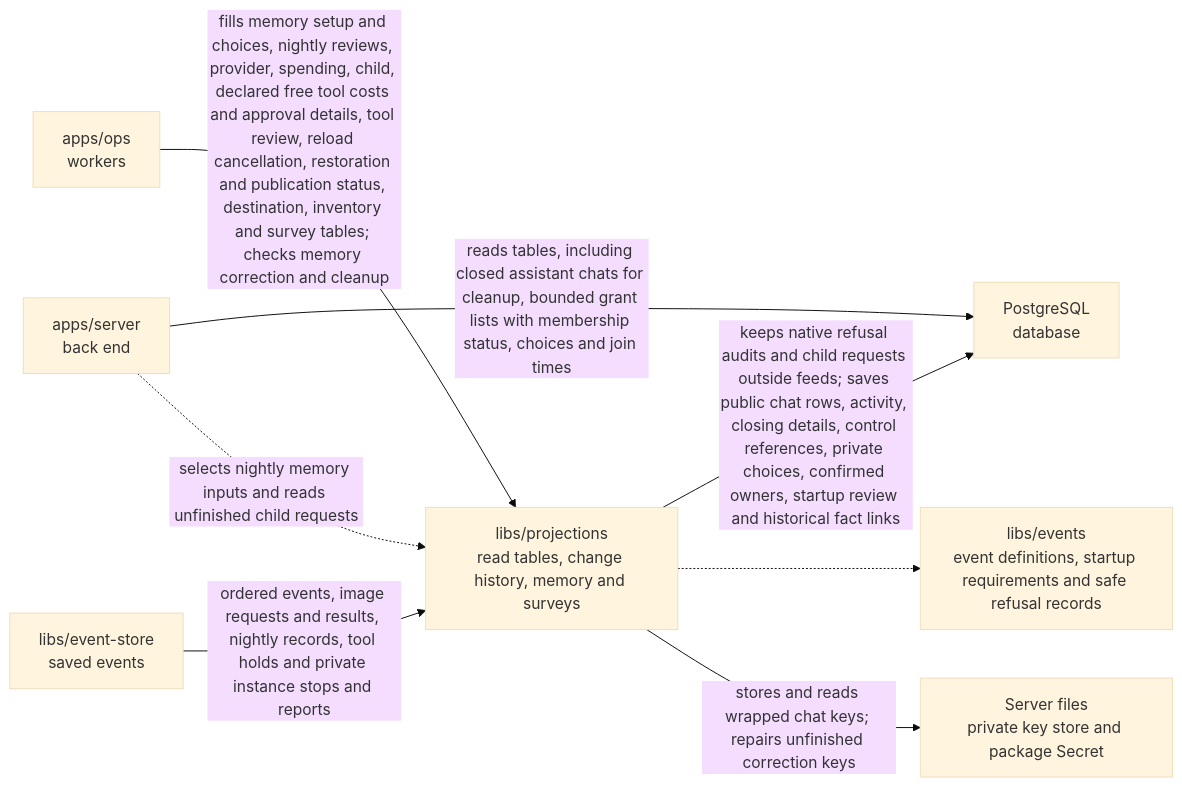
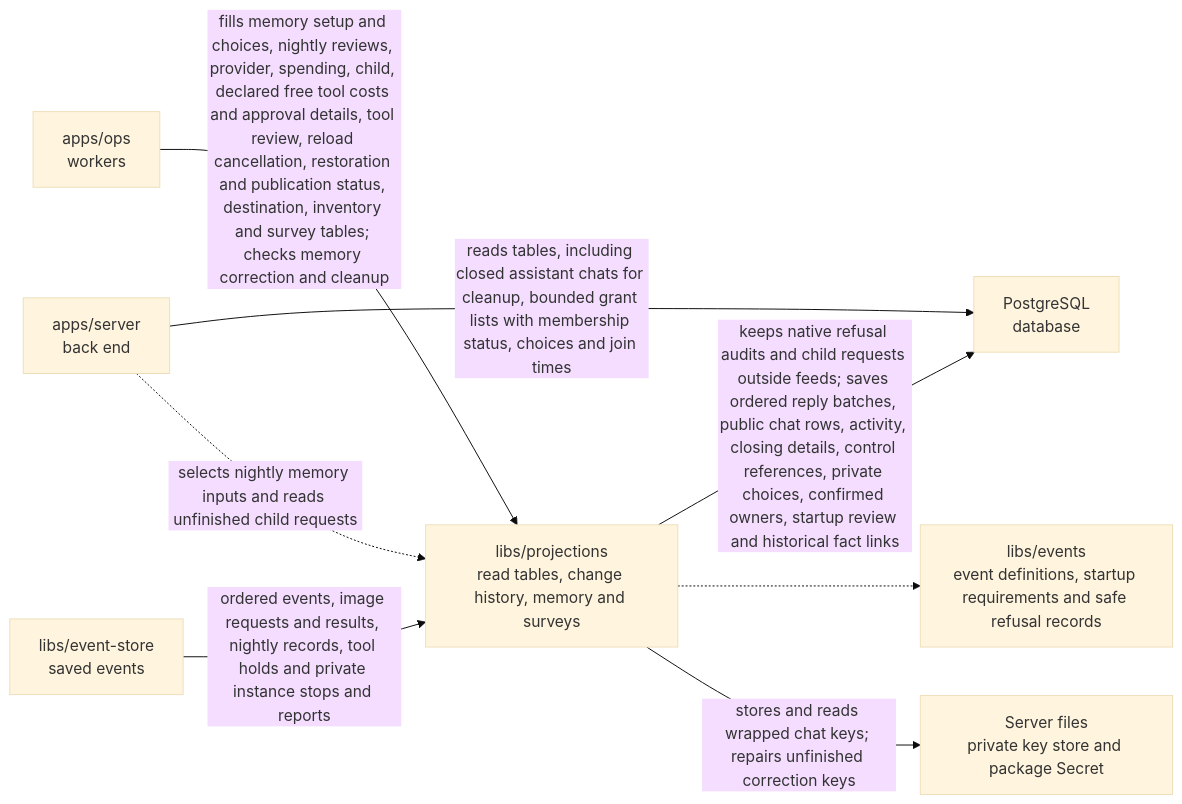
Before and after one commit to elewa-git/opencrane-new: the diagram in libs/projections/README.md, drawn with Mermaid (base theme). The commit also changed other lines of this file and 6 other files, not shown here.

````diff
--- a/libs/projections/README.md
+++ b/libs/projections/README.md
@@ -23,10 +25,10 @@
 ```mermaid
 flowchart LR
   ops["apps/ops<br/>workers"] -->|fills memory setup and choices, nightly reviews, provider, spending, child, declared free tool costs and approval details, tool review, reload cancellation, restoration and publication status, destination, inventory and survey tables; checks memory correction and cleanup| projections["libs/projections<br/>read tables, change history, memory and surveys"]
   server["apps/server<br/>back end"] -->|reads tables, including closed assistant chats for cleanup, bounded grant lists with membership status, choices and join times| pg["PostgreSQL<br/>database"]
-  projections -->|keeps native refusal audits and child requests outside feeds; saves public chat rows, activity, closing details, control references, private choices, confirmed owners, startup review and historical fact links| pg
+  projections -->|keeps native refusal audits and child requests outside feeds; saves ordered reply batches, public chat rows, activity, closing details, control references, private choices, confirmed owners, startup review and historical fact links| pg
   store["libs/event-store<br/>saved events"] -->|ordered events, image requests and results, nightly records, tool holds and private instance stops and reports| projections
   server -.->|selects nightly memory inputs and reads unfinished child requests| projections
   projections -.-> events["libs/events<br/>event definitions, startup requirements and safe refusal records"]
   projections -->|stores and reads wrapped chat keys; repairs unfinished correction keys| keys["Server files<br/>private key store and package Secret"]
 ```
````
